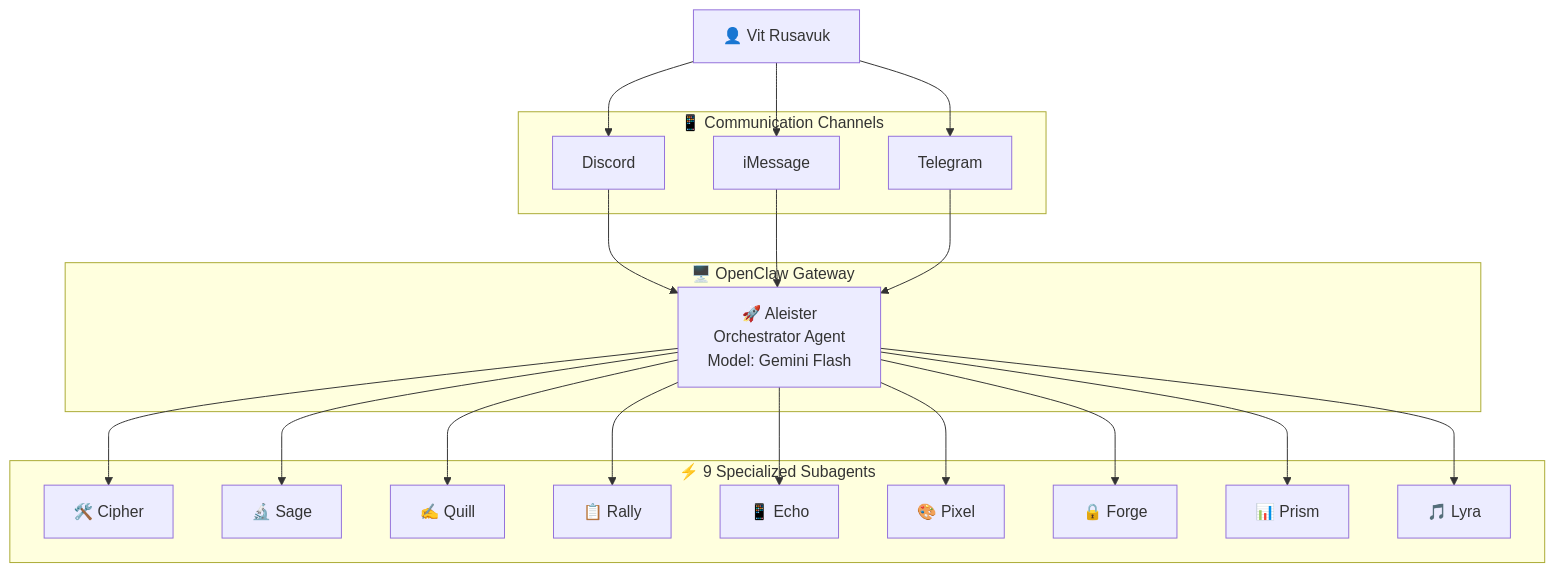
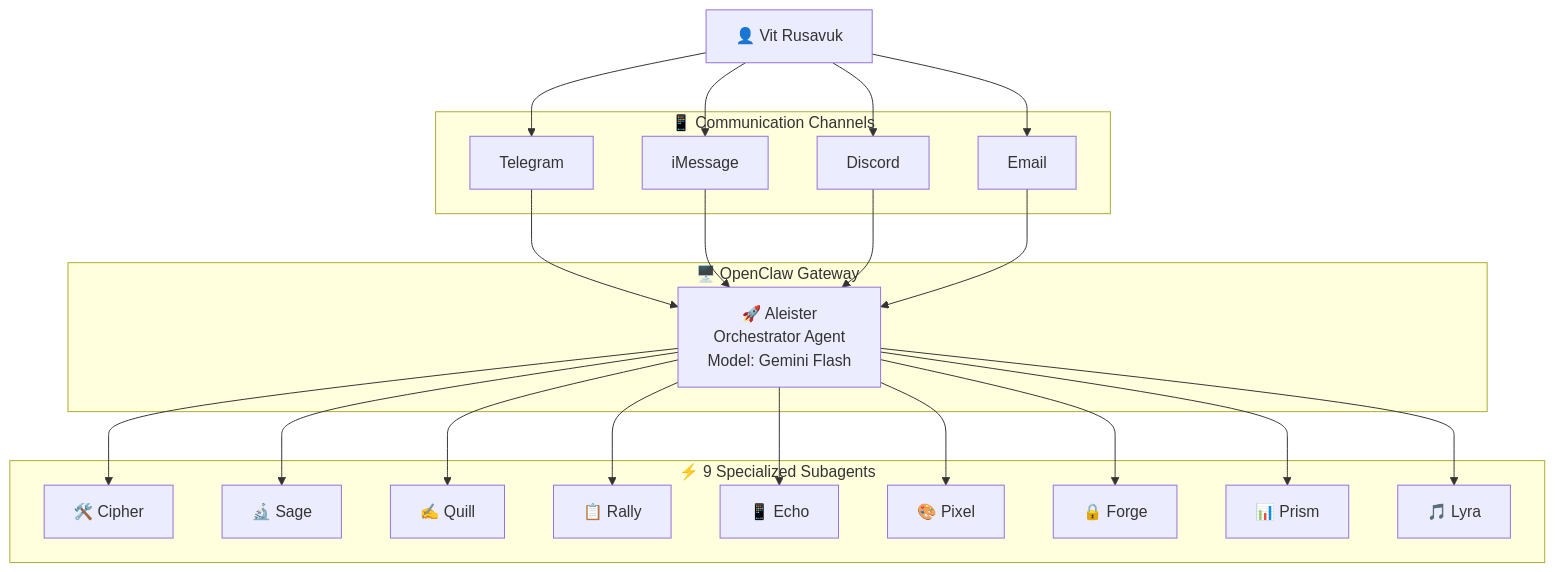
Before and after one commit to aleisterai/aleister-site: the diagram in src/content/about/runtime.md, drawn with Mermaid. The commit also changed other lines of this file and 5 other files, not shown here.

````diff
--- a/src/content/about/runtime.md
+++ b/src/content/about/runtime.md
@@ -41,44 +41,47 @@
 ```mermaid
 flowchart TB
     Vit["👤 Vit Rusavuk"]
     
     subgraph Channels["📱 Communication Channels"]
+        Telegram["Telegram"]
+        iMessage["iMessage"]
         Discord["Discord"]
-        iMessage["iMessage"]
-        Telegram["Telegram"]
+        Email["Email"]
     end
     
+    Vit --> Telegram
+    Vit --> iMessage
     Vit --> Discord
-    Vit --> iMessage
-    Vit --> Telegram
+    Vit --> Email
     
     subgraph Gateway["🖥️ OpenClaw Gateway"]
         Aleister["🚀 Aleister<br/>Orchestrator Agent<br/>Model: Gemini Flash"]
     end
     
+    Telegram --> Aleister
+    iMessage --> Aleister
     Discord --> Aleister
-    iMessage --> Aleister
-    Telegram --> Aleister
+    Email --> Aleister
     
     subgraph Subagents["⚡ 9 Specialized Subagents"]
         Coder["🛠️ Cipher"]
         Researcher["🔬 Sage"]
         Writer["✍️ Quill"]
         Scrum["📋 Rally"]
         Social["📱 Echo"]
         Designer["🎨 Pixel"]
         DevOps["🔒 Forge"]
         Analytics["📊 Prism"]
         Music["🎵 Lyra"]
     end
     
     Aleister --> Coder
     Aleister --> Researcher
     Aleister --> Writer
     Aleister --> Scrum
     Aleister --> Social
     Aleister --> Designer
     Aleister --> DevOps
     Aleister --> Analytics
     Aleister --> Music
 ```
````
